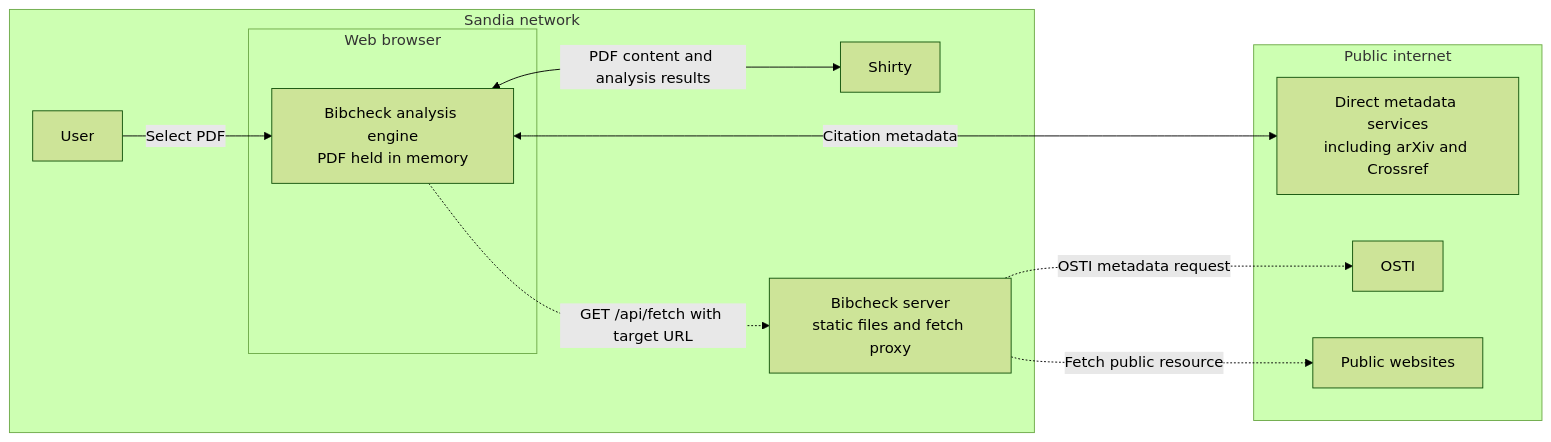
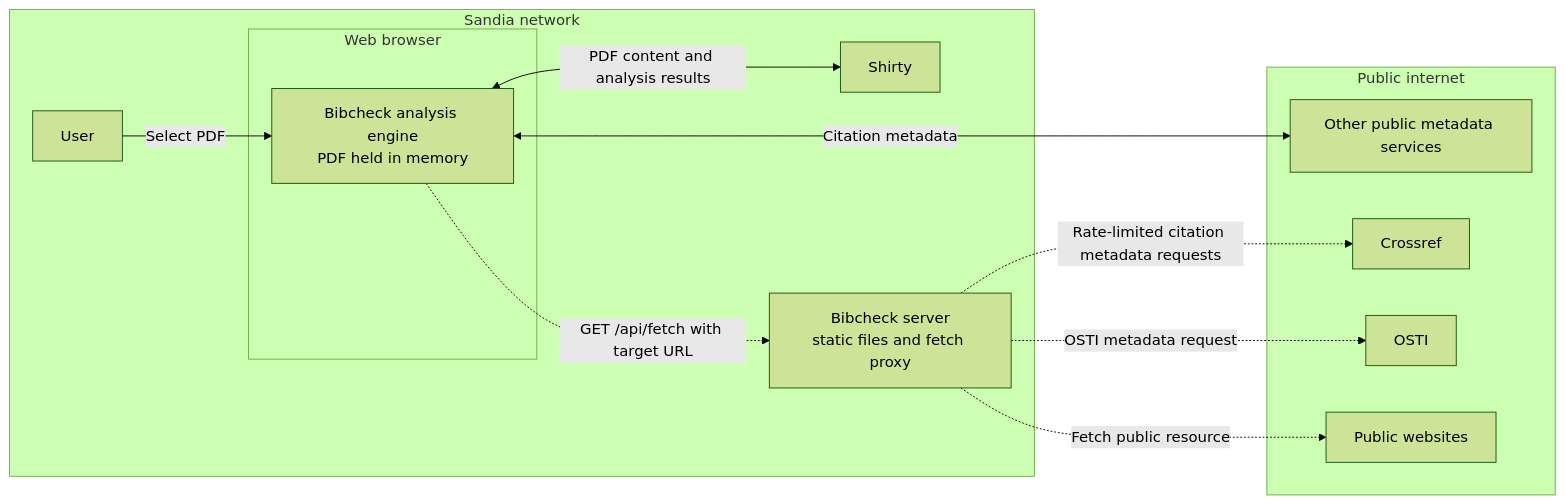
The diagram in docs/snl-how-it-works.md (sandialabs/bibcheck), drawn with Mermaid (forest theme) before and after one commit. The commit also changed other lines of this file and 8 other files, not shown here.

Commit message:
Route Crossref through rate-limited proxy

````diff
--- a/docs/snl-how-it-works.md
+++ b/docs/snl-how-it-works.md
@@ -16,25 +16,27 @@
 ```mermaid
 flowchart LR
     subgraph sandia[Sandia network]
         U[User]
         subgraph browser[Web browser]
             B[Bibcheck analysis engine<br/>PDF held in memory]
         end
         S[Shirty]
         P[Bibcheck server<br/>static files and fetch proxy]
 
         U -->|Select PDF| B
         B <-->|PDF content and analysis results| S
     end
 
     subgraph public[Public internet]
-        D[Direct metadata services<br/>including arXiv and Crossref]
+        D[Other public metadata services]
+        C[Crossref]
         O[OSTI]
         W[Public websites]
     end
 
     B <-->|Citation metadata| D
     B -.->|GET /api/fetch with target URL| P
+    P -.->|Rate-limited citation metadata requests| C
     P -.->|OSTI metadata request| O
     P -.->|Fetch public resource| W
 ```
````
